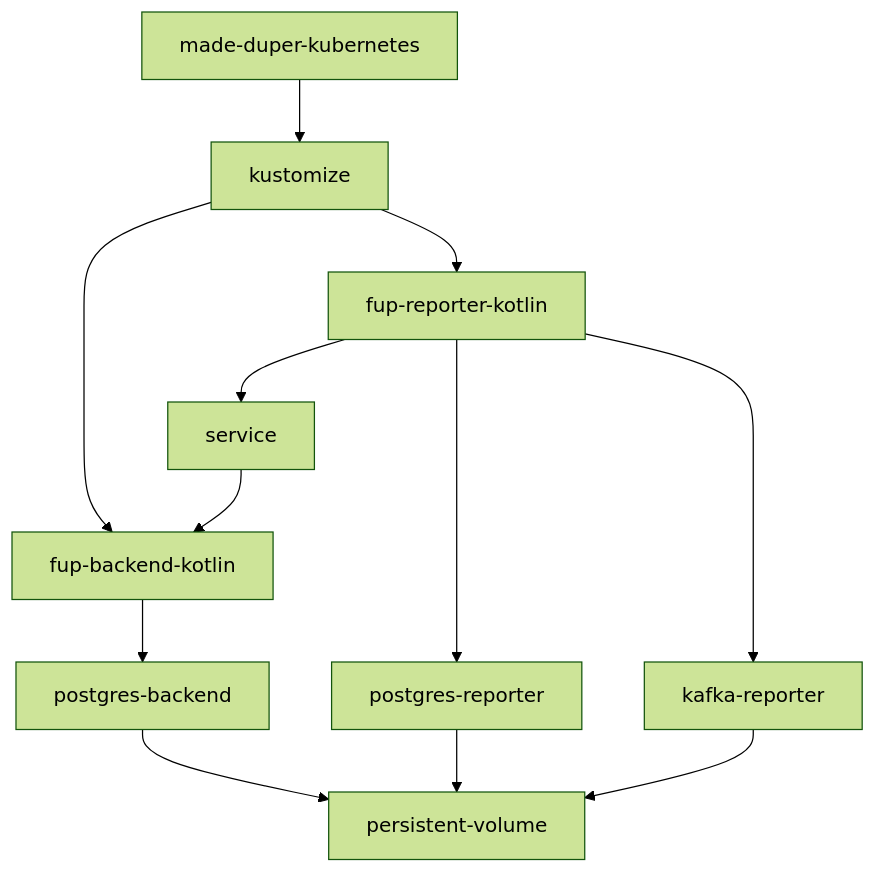
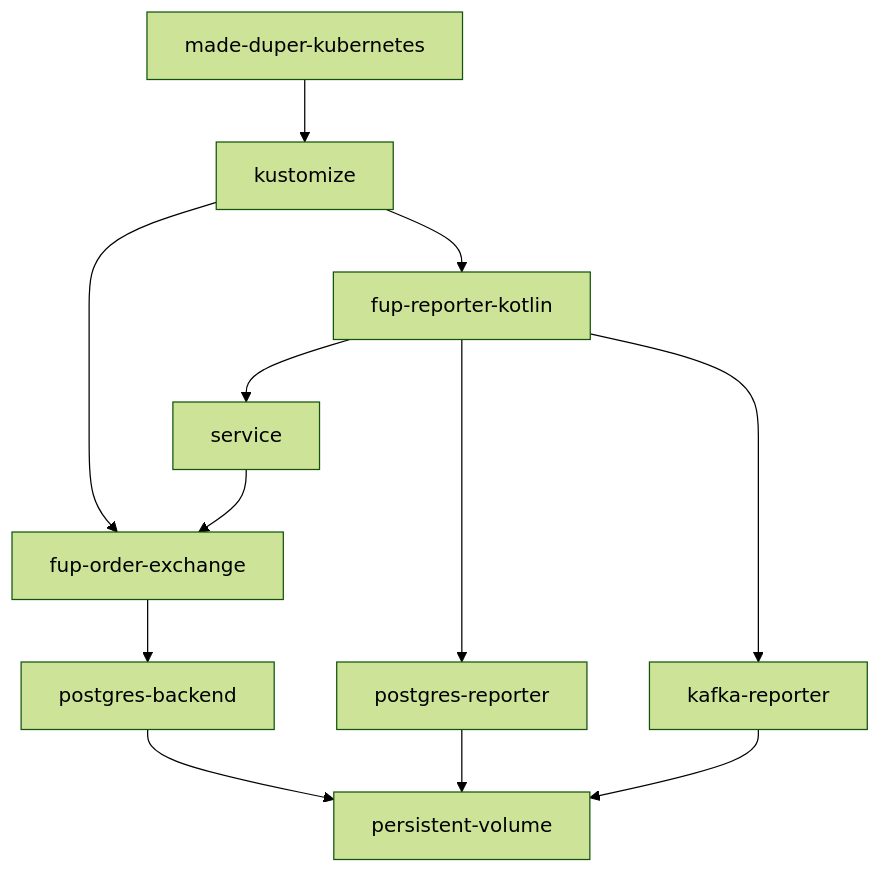
The second of 3 diagrams in README.md (mvandermade/funicular-postcard), drawn with Mermaid (forest theme) before and after one commit. The commit also changed other lines of this file, not shown here.

````diff
--- a/README.md
+++ b/README.md
@@ -48,14 +46,14 @@
 ```mermaid
 graph TD
   made-duper-kubernetes --> kustomize
-  kustomize --> fup-backend-kotlin
-  fup-backend-kotlin --> postgres-backend
+  kustomize --> fup-order-exchange
+  fup-order-exchange --> postgres-backend
   postgres-backend --> persistent-volume
   kustomize --> fup-reporter-kotlin
   fup-reporter-kotlin --> postgres-reporter
   postgres-reporter --> persistent-volume
   fup-reporter-kotlin --> kafka-reporter
   kafka-reporter --> persistent-volume
   fup-reporter-kotlin --> service
-  service --> fup-backend-kotlin
+  service --> fup-order-exchange
 ```
````
